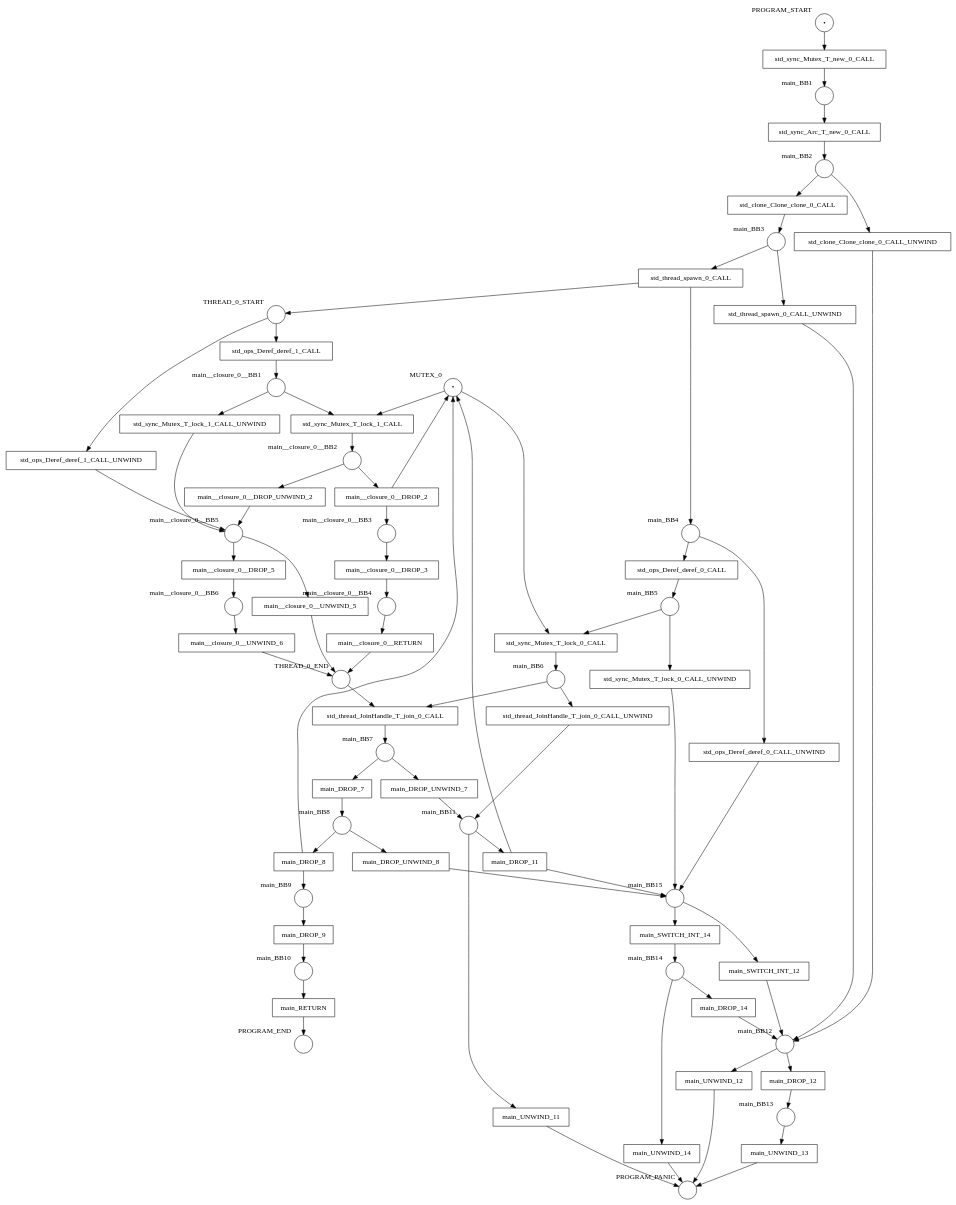
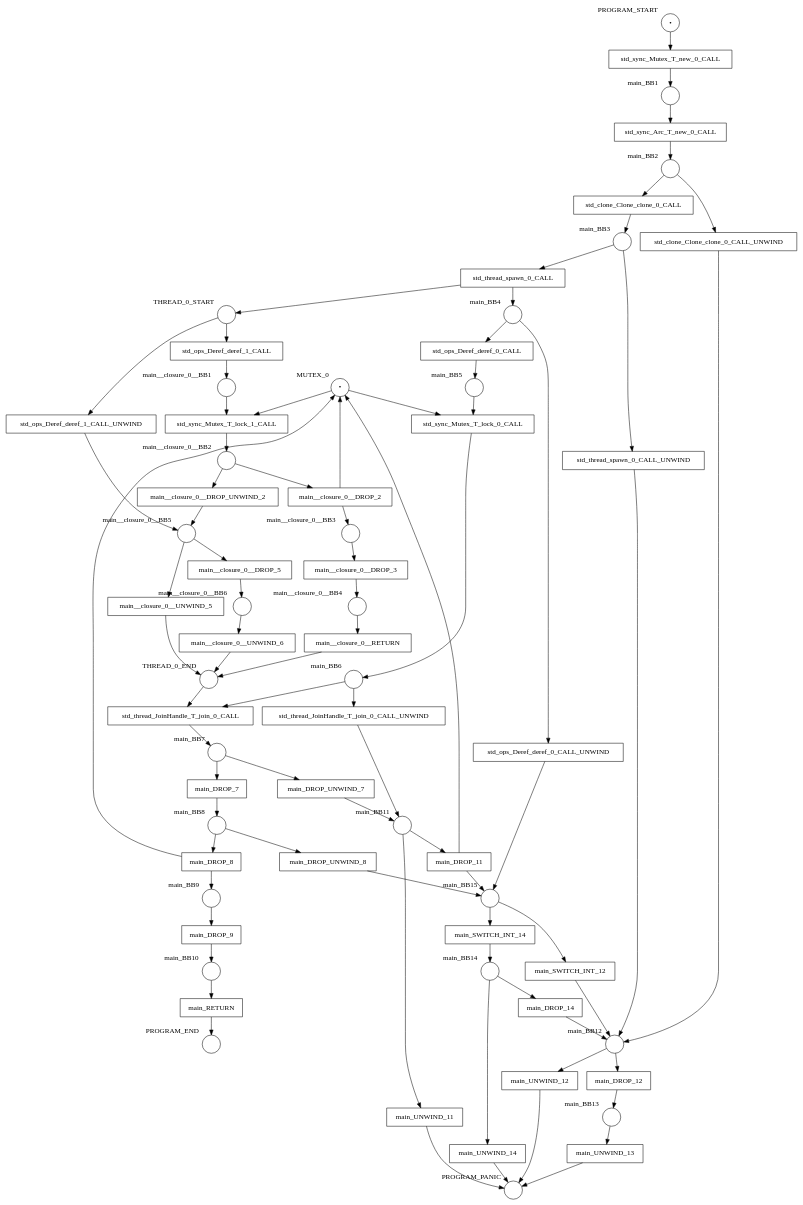
One commit to hlisdero/cargo-check-deadlock changed the diagram in examples/results/mutex/two_threads_sharing_mutex/net.dot. Above: the diagram before and after it, drawn with Graphviz. The commit also changed 21 other files, not shown here.

First line of the commit message:
Architectural change: Do not model the unwind target of the mutex lock function.

```diff
--- a/examples/results/mutex/two_threads_sharing_mutex/net.dot
+++ b/examples/results/mutex/two_threads_sharing_mutex/net.dot
@@ -1,150 +1,144 @@
 digraph petrinet {
     MUTEX_0 [shape="circle" xlabel="MUTEX_0" label="•"];
     PROGRAM_END [shape="circle" xlabel="PROGRAM_END" label=""];
     PROGRAM_PANIC [shape="circle" xlabel="PROGRAM_PANIC" label=""];
     PROGRAM_START [shape="circle" xlabel="PROGRAM_START" label="•"];
     THREAD_0_END [shape="circle" xlabel="THREAD_0_END" label=""];
     THREAD_0_START [shape="circle" xlabel="THREAD_0_START" label=""];
     main_BB1 [shape="circle" xlabel="main_BB1" label=""];
     main_BB10 [shape="circle" xlabel="main_BB10" label=""];
     main_BB11 [shape="circle" xlabel="main_BB11" label=""];
     main_BB12 [shape="circle" xlabel="main_BB12" label=""];
     main_BB13 [shape="circle" xlabel="main_BB13" label=""];
     main_BB14 [shape="circle" xlabel="main_BB14" label=""];
     main_BB15 [shape="circle" xlabel="main_BB15" label=""];
     main_BB2 [shape="circle" xlabel="main_BB2" label=""];
     main_BB3 [shape="circle" xlabel="main_BB3" label=""];
     main_BB4 [shape="circle" xlabel="main_BB4" label=""];
     main_BB5 [shape="circle" xlabel="main_BB5" label=""];
     main_BB6 [shape="circle" xlabel="main_BB6" label=""];
     main_BB7 [shape="circle" xlabel="main_BB7" label=""];
     main_BB8 [shape="circle" xlabel="main_BB8" label=""];
     main_BB9 [shape="circle" xlabel="main_BB9" label=""];
     main__closure_0__BB1 [shape="circle" xlabel="main__closure_0__BB1" label=""];
     main__closure_0__BB2 [shape="circle" xlabel="main__closure_0__BB2" label=""];
     main__closure_0__BB3 [shape="circle" xlabel="main__closure_0__BB3" label=""];
     main__closure_0__BB4 [shape="circle" xlabel="main__closure_0__BB4" label=""];
     main__closure_0__BB5 [shape="circle" xlabel="main__closure_0__BB5" label=""];
     main__closure_0__BB6 [shape="circle" xlabel="main__closure_0__BB6" label=""];
     main_DROP_11 [shape="box" xlabel="" label="main_DROP_11"];
     main_DROP_12 [shape="box" xlabel="" label="main_DROP_12"];
     main_DROP_14 [shape="box" xlabel="" label="main_DROP_14"];
     main_DROP_7 [shape="box" xlabel="" label="main_DROP_7"];
     main_DROP_8 [shape="box" xlabel="" label="main_DROP_8"];
     main_DROP_9 [shape="box" xlabel="" label="main_DROP_9"];
     main_DROP_UNWIND_7 [shape="box" xlabel="" label="main_DROP_UNWIND_7"];
     main_DROP_UNWIND_8 [shape="box" xlabel="" label="main_DROP_UNWIND_8"];
     main_RETURN [shape="box" xlabel="" label="main_RETURN"];
     main_SWITCH_INT_12 [shape="box" xlabel="" label="main_SWITCH_INT_12"];
     main_SWITCH_INT_14 [shape="box" xlabel="" label="main_SWITCH_INT_14"];
     main_UNWIND_11 [shape="box" xlabel="" label="main_UNWIND_11"];
     main_UNWIND_12 [shape="box" xlabel="" label="main_UNWIND_12"];
     main_UNWIND_13 [shape="box" xlabel="" label="main_UNWIND_13"];
     main_UNWIND_14 [shape="box" xlabel="" label="main_UNWIND_14"];
     main__closure_0__DROP_2 [shape="box" xlabel="" label="main__closure_0__DROP_2"];
     main__closure_0__DROP_3 [shape="box" xlabel="" label="main__closure_0__DROP_3"];
     main__closure_0__DROP_5 [shape="box" xlabel="" label="main__closure_0__DROP_5"];
     main__closure_0__DROP_UNWIND_2 [shape="box" xlabel="" label="main__closure_0__DROP_UNWIND_2"];
     main__closure_0__RETURN [shape="box" xlabel="" label="main__closure_0__RETURN"];
     main__closure_0__UNWIND_5 [shape="box" xlabel="" label="main__closure_0__UNWIND_5"];
     main__closure_0__UNWIND_6 [shape="box" xlabel="" label="main__closure_0__UNWIND_6"];
     std_clone_Clone_clone_0_CALL [shape="box" xlabel="" label="std_clone_Clone_clone_0_CALL"];
     std_clone_Clone_clone_0_CALL_UNWIND [shape="box" xlabel="" label="std_clone_Clone_clone_0_CALL_UNWIND"];
     std_ops_Deref_deref_0_CALL [shape="box" xlabel="" label="std_ops_Deref_deref_0_CALL"];
     std_ops_Deref_deref_0_CALL_UNWIND [shape="box" xlabel="" label="std_ops_Deref_deref_0_CALL_UNWIND"];
     std_ops_Deref_deref_1_CALL [shape="box" xlabel="" label="std_ops_Deref_deref_1_CALL"];
     std_ops_Deref_deref_1_CALL_UNWIND [shape="box" xlabel="" label="std_ops_Deref_deref_1_CALL_UNWIND"];
     std_sync_Arc_T_new_0_CALL [shape="box" xlabel="" label="std_sync_Arc_T_new_0_CALL"];
     std_sync_Mutex_T_lock_0_CALL [shape="box" xlabel="" label="std_sync_Mutex_T_lock_0_CALL"];
-    std_sync_Mutex_T_lock_0_CALL_UNWIND [shape="box" xlabel="" label="std_sync_Mutex_T_lock_0_CALL_UNWIND"];
     std_sync_Mutex_T_lock_1_CALL [shape="box" xlabel="" label="std_sync_Mutex_T_lock_1_CALL"];
-    std_sync_Mutex_T_lock_1_CALL_UNWIND [shape="box" xlabel="" label="std_sync_Mutex_T_lock_1_CALL_UNWIND"];
     std_sync_Mutex_T_new_0_CALL [shape="box" xlabel="" label="std_sync_Mutex_T_new_0_CALL"];
     std_thread_JoinHandle_T_join_0_CALL [shape="box" xlabel="" label="std_thread_JoinHandle_T_join_0_CALL"];
     std_thread_JoinHandle_T_join_0_CALL_UNWIND [shape="box" xlabel="" label="std_thread_JoinHandle_T_join_0_CALL_UNWIND"];
     std_thread_spawn_0_CALL [shape="box" xlabel="" label="std_thread_spawn_0_CALL"];
     std_thread_spawn_0_CALL_UNWIND [shape="box" xlabel="" label="std_thread_spawn_0_CALL_UNWIND"];
     MUTEX_0 -> std_sync_Mutex_T_lock_0_CALL;
     MUTEX_0 -> std_sync_Mutex_T_lock_1_CALL;
     PROGRAM_START -> std_sync_Mutex_T_new_0_CALL;
     THREAD_0_END -> std_thread_JoinHandle_T_join_0_CALL;
     THREAD_0_START -> std_ops_Deref_deref_1_CALL;
     THREAD_0_START -> std_ops_Deref_deref_1_CALL_UNWIND;
     main_BB1 -> std_sync_Arc_T_new_0_CALL;
     main_BB10 -> main_RETURN;
     main_BB11 -> main_DROP_11;
     main_BB11 -> main_UNWIND_11;
     main_BB12 -> main_DROP_12;
     main_BB12 -> main_UNWIND_12;
     main_BB13 -> main_UNWIND_13;
     main_BB14 -> main_DROP_14;
     main_BB14 -> main_UNWIND_14;
     main_BB15 -> main_SWITCH_INT_12;
     main_BB15 -> main_SWITCH_INT_14;
     main_BB2 -> std_clone_Clone_clone_0_CALL;
     main_BB2 -> std_clone_Clone_clone_0_CALL_UNWIND;
     main_BB3 -> std_thread_spawn_0_CALL;
     main_BB3 -> std_thread_spawn_0_CALL_UNWIND;
     main_BB4 -> std_ops_Deref_deref_0_CALL;
     main_BB4 -> std_ops_Deref_deref_0_CALL_UNWIND;
     main_BB5 -> std_sync_Mutex_T_lock_0_CALL;
-    main_BB5 -> std_sync_Mutex_T_lock_0_CALL_UNWIND;
     main_BB6 -> std_thread_JoinHandle_T_join_0_CALL;
     main_BB6 -> std_thread_JoinHandle_T_join_0_CALL_UNWIND;
     main_BB7 -> main_DROP_7;
     main_BB7 -> main_DROP_UNWIND_7;
     main_BB8 -> main_DROP_8;
     main_BB8 -> main_DROP_UNWIND_8;
     main_BB9 -> main_DROP_9;
     main__closure_0__BB1 -> std_sync_Mutex_T_lock_1_CALL;
-    main__closure_0__BB1 -> std_sync_Mutex_T_lock_1_CALL_UNWIND;
     main__closure_0__BB2 -> main__closure_0__DROP_2;
     main__closure_0__BB2 -> main__closure_0__DROP_UNWIND_2;
     main__closure_0__BB3 -> main__closure_0__DROP_3;
     main__closure_0__BB4 -> main__closure_0__RETURN;
     main__closure_0__BB5 -> main__closure_0__DROP_5;
     main__closure_0__BB5 -> main__closure_0__UNWIND_5;
     main__closure_0__BB6 -> main__closure_0__UNWIND_6;
     main_DROP_11 -> MUTEX_0;
     main_DROP_11 -> main_BB15;
     main_DROP_12 -> main_BB13;
     main_DROP_14 -> main_BB12;
     main_DROP_7 -> main_BB8;
     main_DROP_8 -> MUTEX_0;
     main_DROP_8 -> main_BB9;
     main_DROP_9 -> main_BB10;
     main_DROP_UNWIND_7 -> main_BB11;
     main_DROP_UNWIND_8 -> main_BB15;
     main_RETURN -> PROGRAM_END;
     main_SWITCH_INT_12 -> main_BB12;
     main_SWITCH_INT_14 -> main_BB14;
     main_UNWIND_11 -> PROGRAM_PANIC;
     main_UNWIND_12 -> PROGRAM_PANIC;
     main_UNWIND_13 -> PROGRAM_PANIC;
     main_UNWIND_14 -> PROGRAM_PANIC;
     main__closure_0__DROP_2 -> MUTEX_0;
     main__closure_0__DROP_2 -> main__closure_0__BB3;
     main__closure_0__DROP_3 -> main__closure_0__BB4;
     main__closure_0__DROP_5 -> main__closure_0__BB6;
     main__closure_0__DROP_UNWIND_2 -> main__closure_0__BB5;
     main__closure_0__RETURN -> THREAD_0_END;
     main__closure_0__UNWIND_5 -> THREAD_0_END;
     main__closure_0__UNWIND_6 -> THREAD_0_END;
     std_clone_Clone_clone_0_CALL -> main_BB3;
     std_clone_Clone_clone_0_CALL_UNWIND -> main_BB12;
     std_ops_Deref_deref_0_CALL -> main_BB5;
     std_ops_Deref_deref_0_CALL_UNWIND -> main_BB15;
     std_ops_Deref_deref_1_CALL -> main__closure_0__BB1;
     std_ops_Deref_deref_1_CALL_UNWIND -> main__closure_0__BB5;
     std_sync_Arc_T_new_0_CALL -> main_BB2;
     std_sync_Mutex_T_lock_0_CALL -> main_BB6;
-    std_sync_Mutex_T_lock_0_CALL_UNWIND -> main_BB15;
     std_sync_Mutex_T_lock_1_CALL -> main__closure_0__BB2;
-    std_sync_Mutex_T_lock_1_CALL_UNWIND -> main__closure_0__BB5;
     std_sync_Mutex_T_new_0_CALL -> main_BB1;
     std_thread_JoinHandle_T_join_0_CALL -> main_BB7;
     std_thread_JoinHandle_T_join_0_CALL_UNWIND -> main_BB11;
     std_thread_spawn_0_CALL -> THREAD_0_START;
     std_thread_spawn_0_CALL -> main_BB4;
     std_thread_spawn_0_CALL_UNWIND -> main_BB12;
 }
```
